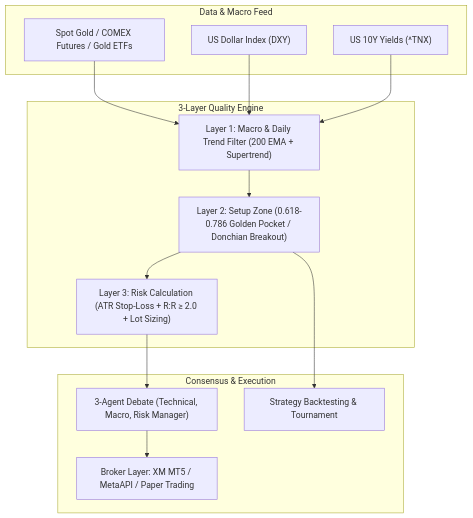
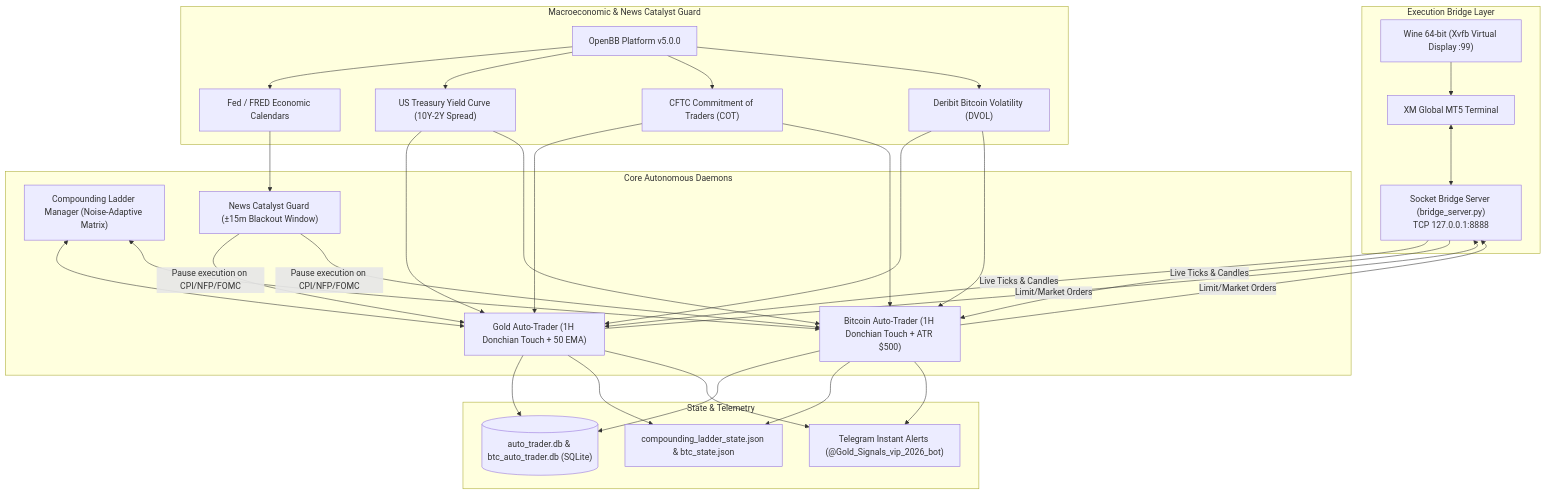
One commit to sljeevan/gold-trading-system changed the diagram in README.md. Above: the diagram before and after it, drawn with Mermaid. The commit also changed other lines of this file, not shown here.

Commit message:
docs: update README with Bitcoin trading, OpenBB macro/news guard, and VPS migration

````diff
--- a/README.md
+++ b/README.md
@@ -11,23 +11,40 @@
 ```mermaid
-flowchart TD
-    subgraph Data & Macro Feed
-        A1["Spot Gold / COMEX Futures / Gold ETFs"]
-        A2["US Dollar Index (DXY)"]
-        A3["US 10Y Yields (^TNX)"]
+graph TD
+    subgraph MarketBridge [Execution Bridge Layer]
+        Wine["Wine 64-bit (Xvfb Virtual Display :99)"]
+        MT5["XM Global MT5 Terminal"]
+        Bridge["Socket Bridge Server (bridge_server.py)<br/>TCP 127.0.0.1:8888"]
+        Wine --> MT5
+        MT5 <--> Bridge
     end
 
-    subgraph 3-Layer Quality Engine
-        B1["Layer 1: Macro & Daily Trend Filter (200 EMA + Supertrend)"]
-        B2["Layer 2: Setup Zone (0.618-0.786 Golden Pocket / Donchian Breakout)"]
-        B3["Layer 3: Risk Calculation (ATR Stop-Loss + R:R ≥ 2.0 + Lot Sizing)"]
+    subgraph OpenBBLayer [Macroeconomic & News Catalyst Guard]
+        OpenBB["OpenBB Platform v5.0.0"]
+        FedCal["Fed / FRED Economic Calendars"]
+        YieldCurve["US Treasury Yield Curve (10Y-2Y Spread)"]
+        COT["CFTC Commitment of Traders (COT)"]
+        DVOL["Deribit Bitcoin Volatility (DVOL)"]
+        OpenBB --> FedCal & YieldCurve & COT & DVOL
     end
 
-    subgraph Consensus & Execution
-        C1["3-Agent Debate (Technical, Macro, Risk Manager)"]
-        C2["Strategy Backtesting & Tournament"]
-        C3["Broker Layer: XM MT5 / MetaAPI / Paper Trading"]
+    subgraph CoreEngine [Core Autonomous Daemons]
+        GoldBot["Gold Auto-Trader (1H Donchian Touch + 50 EMA)"]
+        BTCBot["Bitcoin Auto-Trader (1H Donchian Touch + ATR $500)"]
+        Ladder["Compounding Ladder Manager (Noise-Adaptive Matrix)"]
+        NewsGuard["News Catalyst Guard (±15m Blackout Window)"]
+        
+        Bridge -->|Live Ticks & Candles| GoldBot & BTCBot
+        FedCal --> NewsGuard
+        NewsGuard -->|Pause execution on CPI/NFP/FOMC| GoldBot & BTCBot
+        YieldCurve & COT & DVOL --> GoldBot & BTCBot
+        Ladder <--> GoldBot & BTCBot
+        GoldBot & BTCBot -->|Limit/Market Orders| Bridge
     end
 
-    A1 & A2 & A3 --> B1 --> B2 --> B3 --> C1 --> C3
-    B2 --> C2
+    subgraph Persistence [State & Telemetry]
+        DB[("auto_trader.db & btc_auto_trader.db (SQLite)")]
+        StateJSON["compounding_ladder_state.json & btc_state.json"]
+        Telegram["Telegram Instant Alerts (@Gold_Signals_vip_2026_bot)"]
+        GoldBot & BTCBot --> DB & StateJSON & Telegram
+    end
 ```
````
